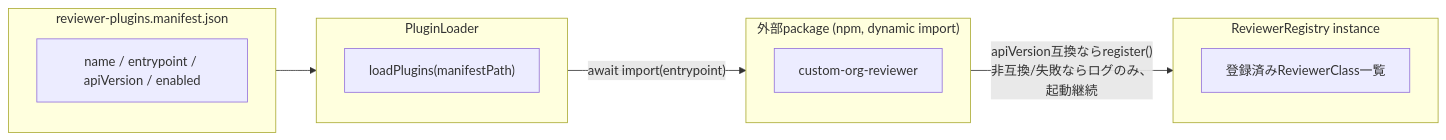
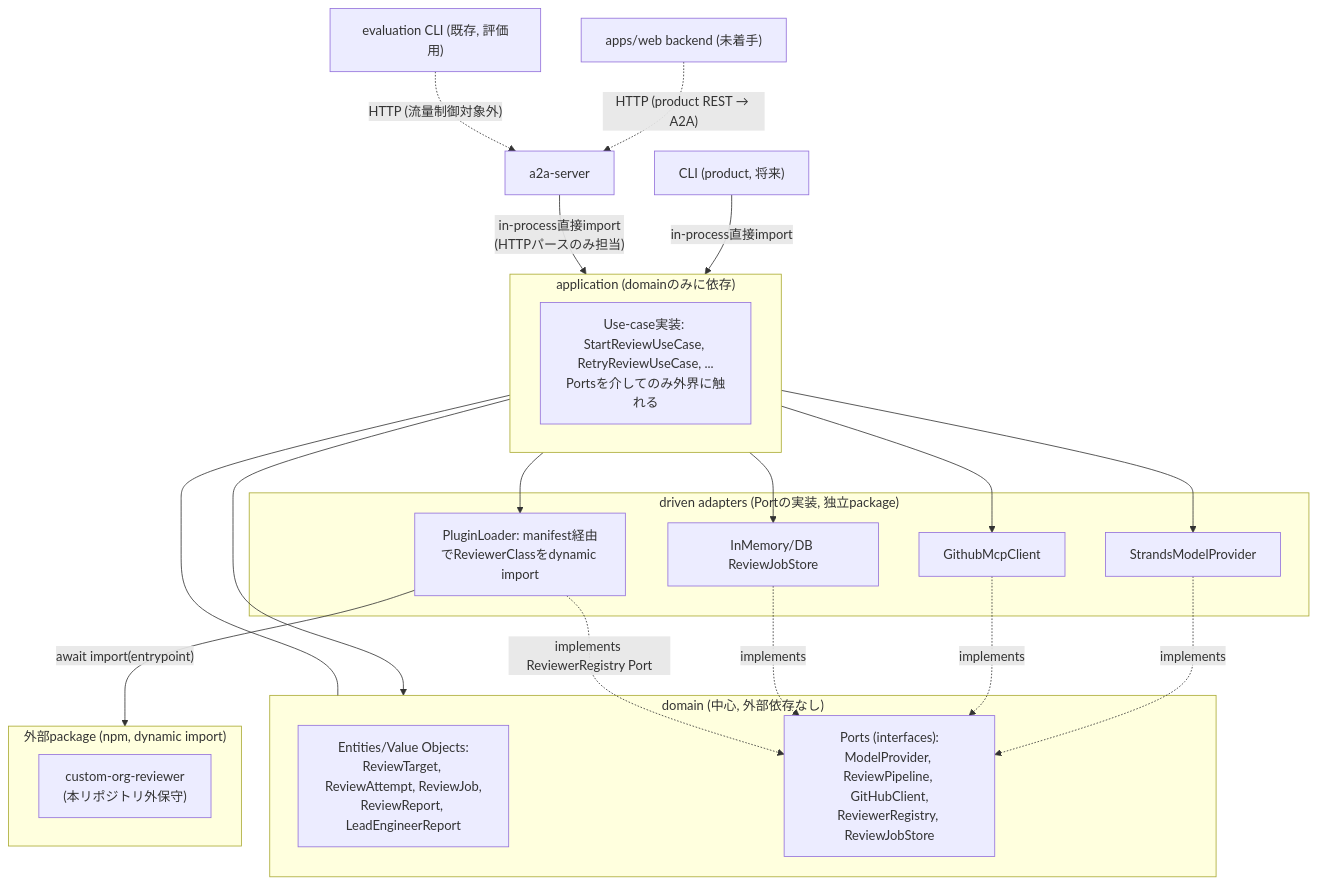
Before and after one commit to kuju63/code-review-agents: the fifth of 6 diagrams in docs/adr/0008-core-extension-boundaries.md, drawn with Mermaid. The commit also changed other lines of this file, not shown here.

````diff
--- a/docs/adr/0008-core-extension-boundaries.md
+++ b/docs/adr/0008-core-extension-boundaries.md
@@ -477,18 +275,34 @@
 ```mermaid
-flowchart LR
-    subgraph MANIFEST["reviewer-plugins.manifest.json"]
-        ENTRIES["name / entrypoint / apiVersion / enabled"]
+flowchart TB
+    subgraph DOMAIN["domain (中心, 外部依存なし)"]
+        ENT["Entities/Value Objects:<br/>ReviewTarget, ReviewAttempt, ReviewJob,<br/>ReviewReport, LeadEngineerReport"]
+        PORTS["Ports (interfaces):<br/>ModelProvider, ReviewPipeline, GitHubClient,<br/>ReviewerRegistry, ReviewJobStore"]
     end
-    subgraph LOADER["PluginLoader"]
-        LOAD["loadPlugins(manifestPath)"]
+    subgraph APP["application (domainのみに依存)"]
+        UC2["Use-case実装: StartReviewUseCase, RetryReviewUseCase, ...<br/>Portsを介してのみ外界に触れる"]
+    end
+    subgraph DRIVEN["driven adapters (Portの実装, 独立package)"]
+        STRANDSIMPL["StrandsModelProvider"]
+        GHIMPL["GithubMcpClient"]
+        STOREIMPL["InMemory/DB ReviewJobStore"]
+        LOADER["PluginLoader: manifest経由でReviewerClassをdynamic import"]
     end
     subgraph EXTPKG["外部package (npm, dynamic import)"]
-        EXT1["custom-org-reviewer"]
+        EXT1["custom-org-reviewer<br/>(本リポジトリ外保守)"]
     end
-    subgraph REGISTRYC["ReviewerRegistry instance"]
-        STATEC["登録済みReviewerClass一覧"]
-    end
-    MANIFEST --> LOADER
+    DOMAIN --- APP
+    APP --> DOMAIN
+    STRANDSIMPL -.->|implements| PORTS
+    GHIMPL -.->|implements| PORTS
+    STOREIMPL -.->|implements| PORTS
+    LOADER -.->|implements ReviewerRegistry Port| PORTS
     LOADER -->|"await import(entrypoint)"| EXTPKG
-    EXTPKG -->|"apiVersion互換ならregister()<br/>非互換/失敗ならログのみ、起動継続"| REGISTRYC
+    APP --> STRANDSIMPL
+    APP --> GHIMPL
+    APP --> STOREIMPL
+    APP --> LOADER
+    CLI5["CLI (product, 将来)"] -->|"in-process直接import"| APP
+    A2A5["a2a-server"] -->|"in-process直接import<br/>(HTTPパースのみ担当)"| APP
+    WEBBACK5["apps/web backend (未着手)"] -.->|"HTTP (product REST → A2A)"| A2A5
+    EVALCLI5["evaluation CLI (既存, 評価用)"] -.->|"HTTP (流量制御対象外)"| A2A5
 ```
````
